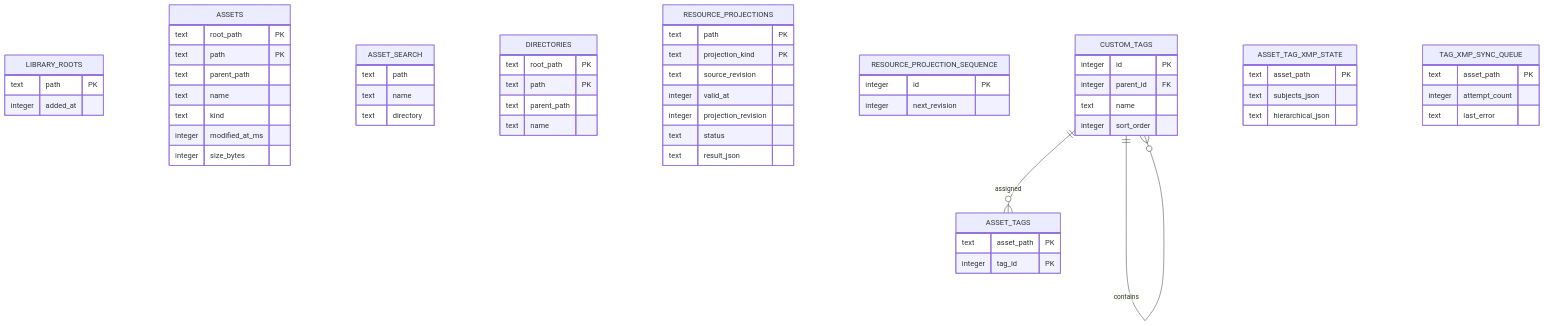
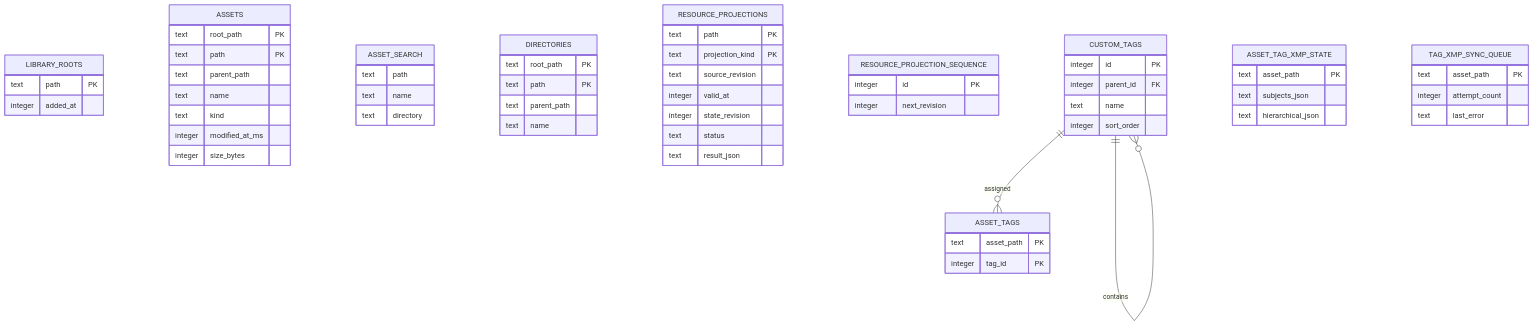
The second of 3 diagrams in docs/architecture/05-data-and-state.md (oxygenkun/oxyviewer), drawn with Mermaid before and after one commit. The commit also changed other lines of this file and 21 other files, not shown here.

````diff
--- a/docs/architecture/05-data-and-state.md
+++ b/docs/architecture/05-data-and-state.md
@@ -96,62 +96,62 @@
 ```mermaid
 erDiagram
     LIBRARY_ROOTS {
         text path PK
         integer added_at
     }
     ASSETS {
         text root_path PK
         text path PK
         text parent_path
         text name
         text kind
         integer modified_at_ms
         integer size_bytes
     }
     ASSET_SEARCH {
         text path
         text name
         text directory
     }
     DIRECTORIES {
         text root_path PK
         text path PK
         text parent_path
         text name
     }
     RESOURCE_PROJECTIONS {
         text path PK
         text projection_kind PK
         text source_revision
         integer valid_at
-        integer projection_revision
+        integer state_revision
         text status
         text result_json
     }
     RESOURCE_PROJECTION_SEQUENCE {
         integer id PK
         integer next_revision
     }
     CUSTOM_TAGS {
         integer id PK
         integer parent_id FK
         text name
         integer sort_order
     }
     ASSET_TAGS {
         text asset_path PK
         integer tag_id PK
     }
     ASSET_TAG_XMP_STATE {
         text asset_path PK
         text subjects_json
         text hierarchical_json
     }
     TAG_XMP_SYNC_QUEUE {
         text asset_path PK
         integer attempt_count
         text last_error
     }
     CUSTOM_TAGS ||--o{ CUSTOM_TAGS : contains
     CUSTOM_TAGS ||--o{ ASSET_TAGS : assigned
 ```
````
